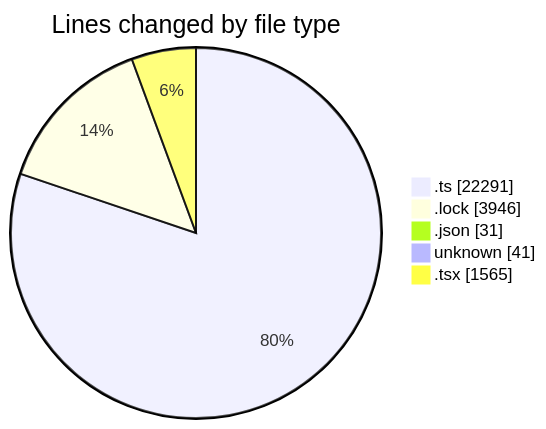
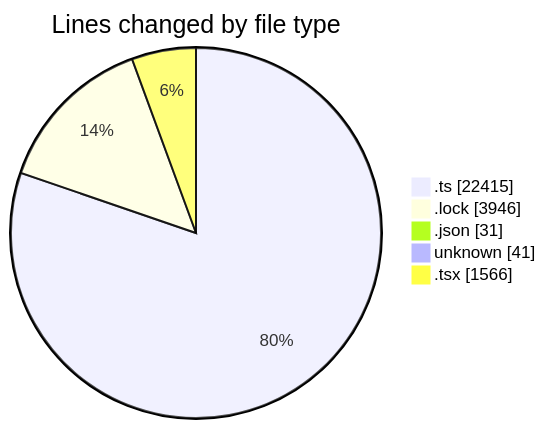
One commit to momahboobian/code-tracking changed the first of 2 diagrams in 2025-08-19/cda/README.md. Above: the diagram before and after it, drawn with Mermaid. The commit also changed other lines of this file and 1 other file, not shown here.

````diff
--- a/2025-08-19/cda/README.md
+++ b/2025-08-19/cda/README.md
@@ -41,9 +42,9 @@
 ```mermaid
 pie showData
 title Lines changed by file type
-".ts" : 22291
+".ts" : 22415
 ".lock" : 3946
 ".json" : 31
 "unknown" : 41
-".tsx" : 1565
+".tsx" : 1566
 ```
````
